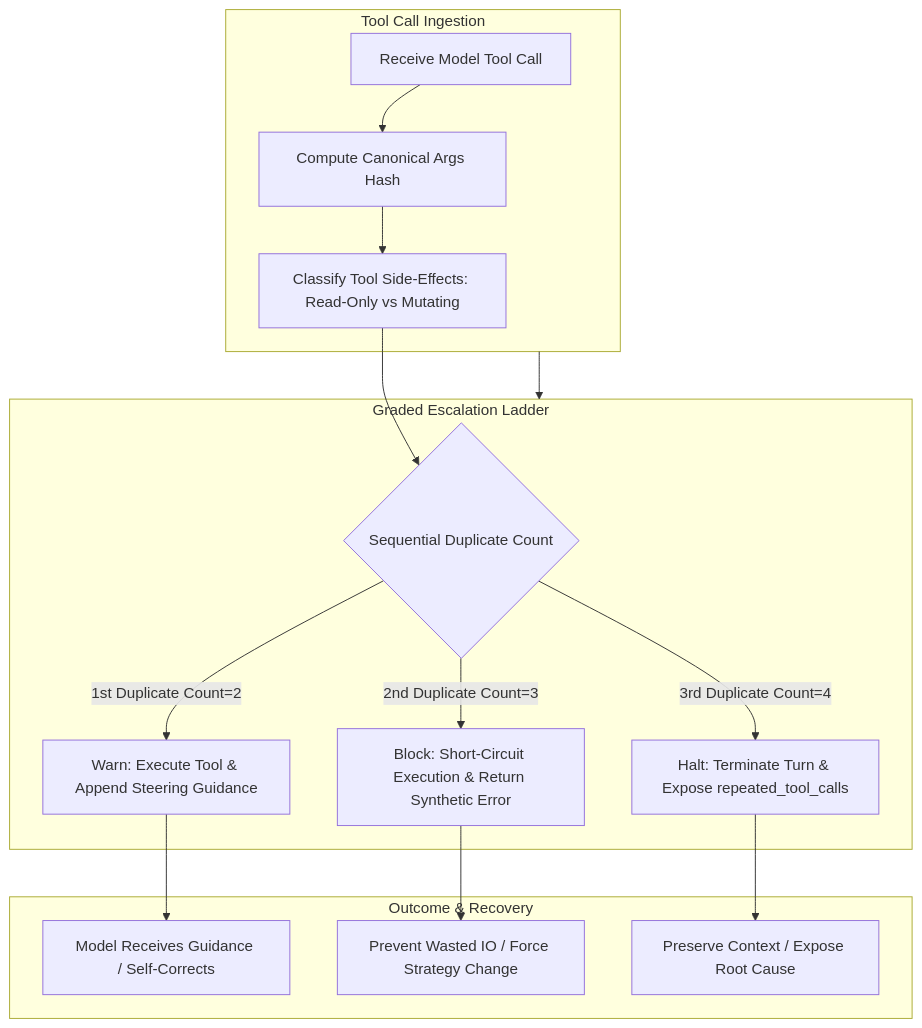
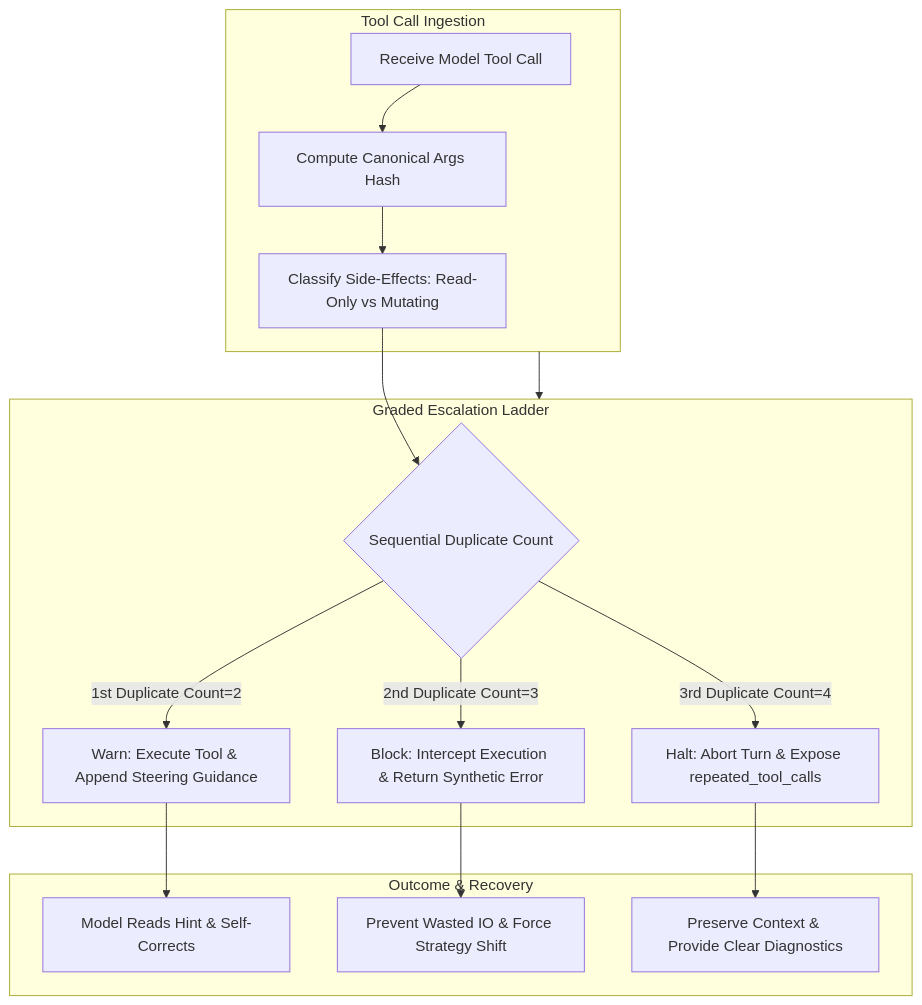
One commit to ferstar/blog changed the diagram in content.en/posts/agent-graded-loop-guard-warn-block-halt.md. Above: the diagram before and after it, drawn with Mermaid. The commit also changed other lines of this file and 9 other files, not shown here.

```diff
--- a/content.en/posts/agent-graded-loop-guard-warn-block-halt.md
+++ b/content.en/posts/agent-graded-loop-guard-warn-block-halt.md
@@ -22,22 +22,22 @@
 {{< mermaid >}}
 flowchart TD
   subgraph Ingestion[Tool Call Ingestion]
     A[Receive Model Tool Call] --> B[Compute Canonical Args Hash]
-    B --> C[Classify Tool Side-Effects: Read-Only vs Mutating]
+    B --> C[Classify Side-Effects: Read-Only vs Mutating]
   end
 
   subgraph Ladder[Graded Escalation Ladder]
     C --> D{Sequential Duplicate Count}
     D -->|1st Duplicate Count=2| E[Warn: Execute Tool & Append Steering Guidance]
-    D -->|2nd Duplicate Count=3| F[Block: Short-Circuit Execution & Return Synthetic Error]
-    D -->|3rd Duplicate Count=4| G[Halt: Terminate Turn & Expose repeated_tool_calls]
+    D -->|2nd Duplicate Count=3| F[Block: Intercept Execution & Return Synthetic Error]
+    D -->|3rd Duplicate Count=4| G[Halt: Abort Turn & Expose repeated_tool_calls]
   end
 
   subgraph Outcome[Outcome & Recovery]
-    E --> H[Model Receives Guidance / Self-Corrects]
-    F --> I[Prevent Wasted IO / Force Strategy Change]
-    G --> J[Preserve Context / Expose Root Cause]
+    E --> H[Model Reads Hint & Self-Corrects]
+    F --> I[Prevent Wasted IO & Force Strategy Shift]
+    G --> J[Preserve Context & Provide Clear Diagnostics]
   end
 
   Ingestion --> Ladder
 {{< /mermaid >}}
```
